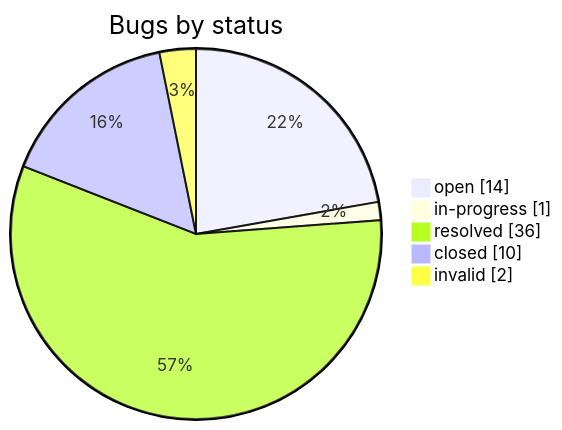
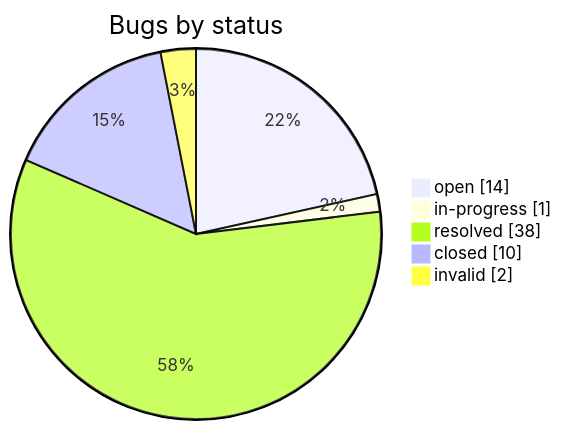
Before and after one commit to iammaxsu/automatic-testing-architecture: the second of 2 diagrams in STATUS.md, drawn with Mermaid. The commit also changed other lines of this file and 8 other files, not shown here.

````diff
--- a/STATUS.md
+++ b/STATUS.md
@@ -165,8 +165,8 @@
 ```mermaid
 pie showData title Bugs by status
     "open" : 14
     "in-progress" : 1
-    "resolved" : 36
+    "resolved" : 38
     "closed" : 10
     "invalid" : 2
 ```
````
